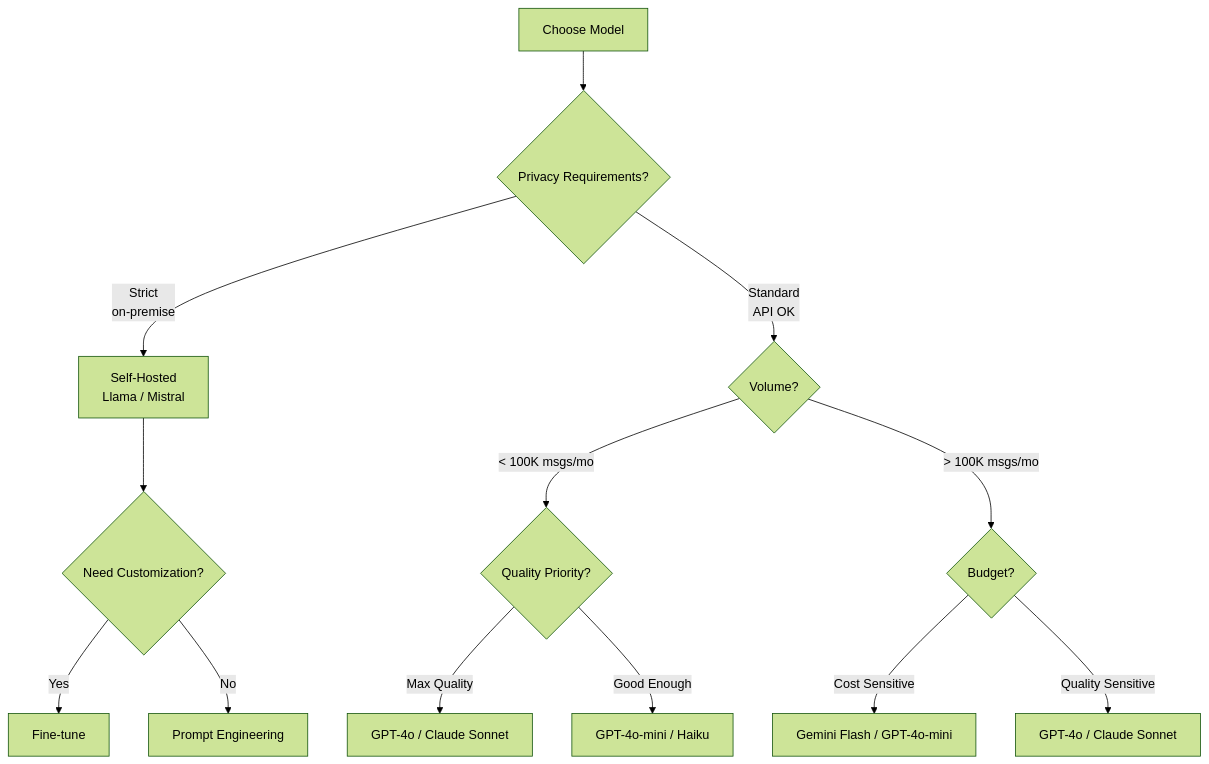
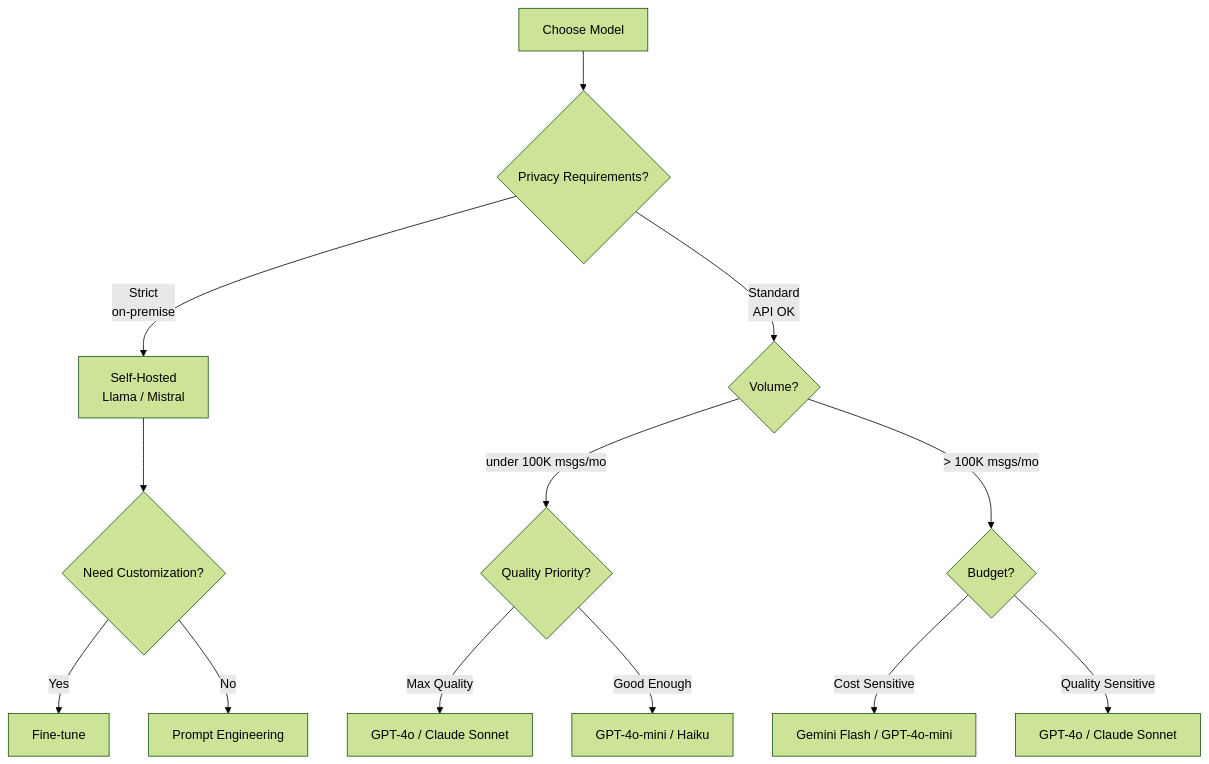
Before and after one commit to stars-labs/ai-driven-customer-service: the first of 3 diagrams in docs/06-ai-models.md, drawn with Mermaid (forest theme). The commit also changed 5 other files, not shown here.

Commit message:
Fix mermaid crash: escape < in diagram labels (EN + ZH)

````diff
--- a/docs/06-ai-models.md
+++ b/docs/06-ai-models.md
@@ -35,20 +35,20 @@
 ```mermaid
 flowchart TB
     Start[Choose Model] --> Q1{Privacy Requirements?}
 
     Q1 -->|Strict<br/>on-premise| SelfHost[Self-Hosted<br/>Llama / Mistral]
     Q1 -->|Standard<br/>API OK| Q2{Volume?}
 
-    Q2 -->|< 100K msgs/mo| Q3{Quality Priority?}
+    Q2 -->|under 100K msgs/mo| Q3{Quality Priority?}
     Q2 -->|> 100K msgs/mo| Q4{Budget?}
 
     Q3 -->|Max Quality| GPT4[GPT-4o / Claude Sonnet]
     Q3 -->|Good Enough| Mini[GPT-4o-mini / Haiku]
 
     Q4 -->|Cost Sensitive| Cheap[Gemini Flash / GPT-4o-mini]
     Q4 -->|Quality Sensitive| Premium[GPT-4o / Claude Sonnet]
 
     SelfHost --> FineTune{Need Customization?}
     FineTune -->|Yes| FT[Fine-tune]
     FineTune -->|No| Prompt[Prompt Engineering]
 ```
````
